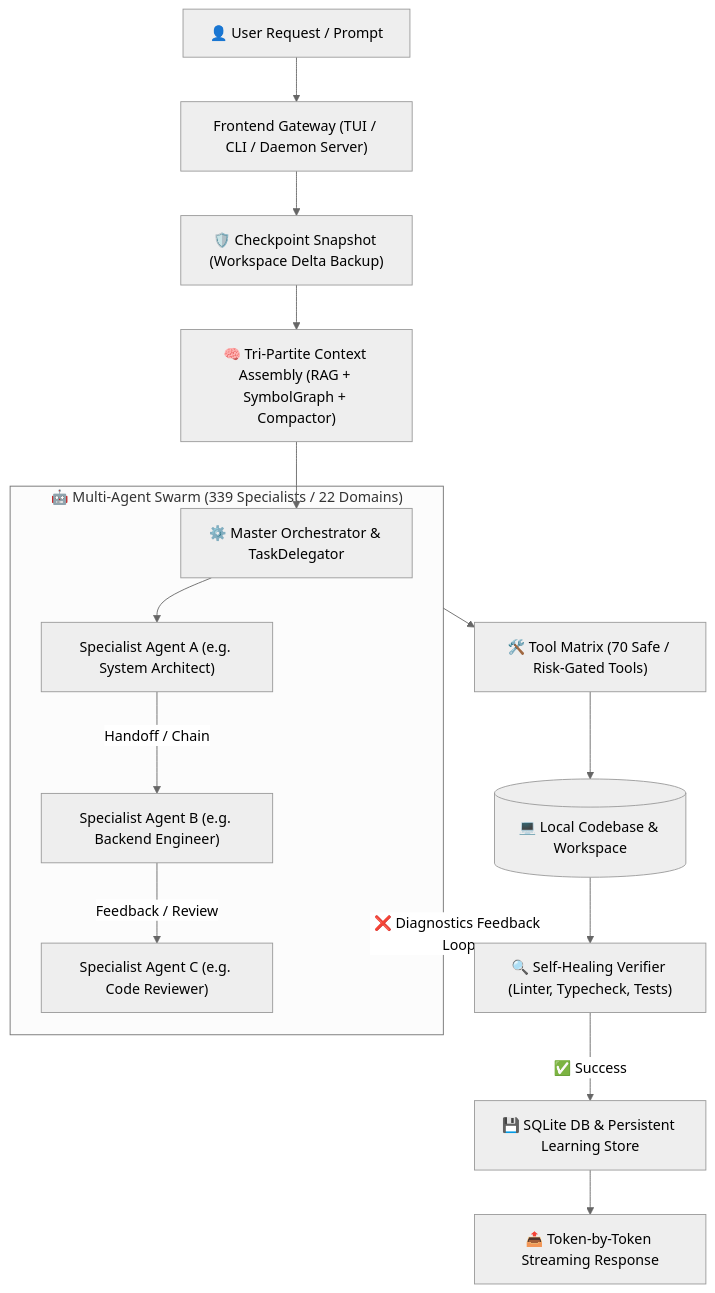
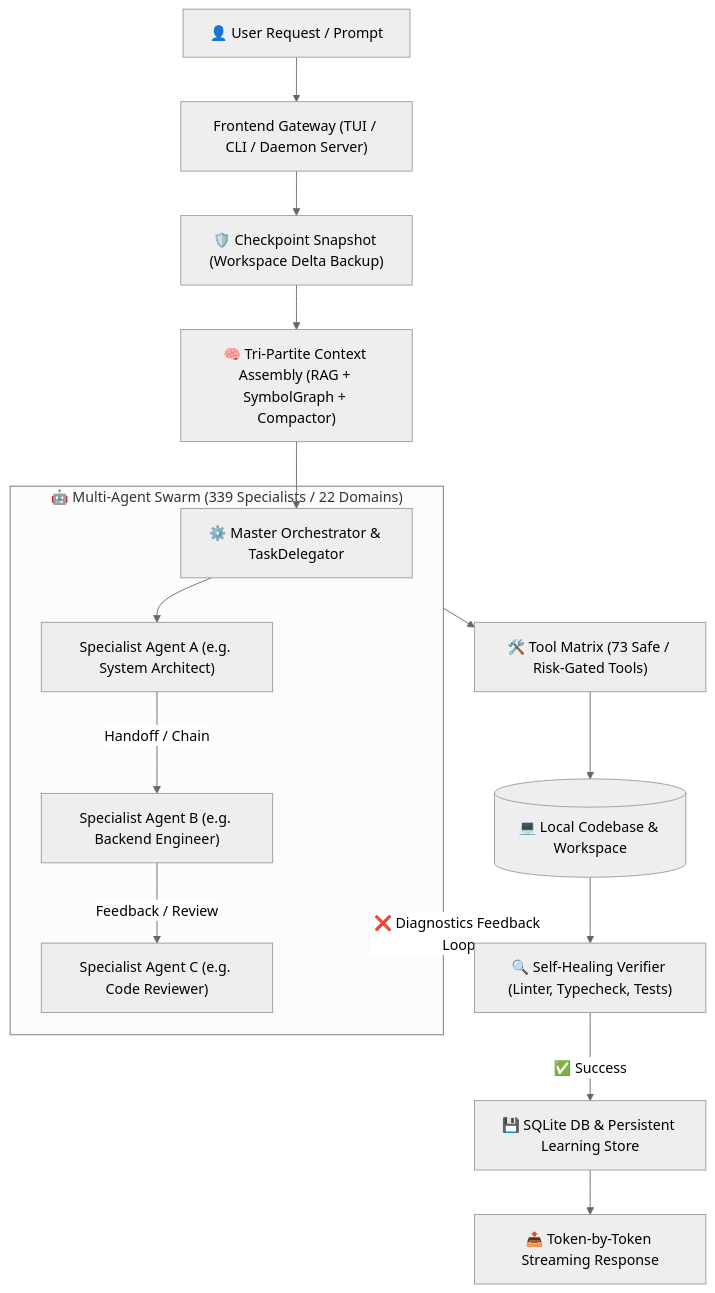
Before and after one commit to SAGO-AUTOMATES/SAGO-Agent: the first of 9 diagrams in docs/FLOWS.md, drawn with Mermaid (neutral theme). The commit also changed other lines of this file and 2 other files, not shown here.

Commit message:
docs: sync tool counts and architecture with code (73 tools, registry)
- FLOWS.md: 70 -> 73 in diagram and tool matrix section
- PROJECT.md: 72 -> 73 in header, directory trees, and data flow;
  add sago/llm/registry.py to llm/ tree
- ARCHITECTURE.md: clarify canonical discovery is sago/tools/registry.py
  mirrored in simple_executor

All behavioral fixes previously verified: 10/10 checks, 804 passed.

````diff
--- a/docs/FLOWS.md
+++ b/docs/FLOWS.md
@@ -28,21 +28,21 @@
 ```mermaid
 flowchart TD
     User["👤 User Request / Prompt"] --> Gateway["Frontend Gateway (TUI / CLI / Daemon Server)"]
     Gateway --> Checkpoint["🛡️ Checkpoint Snapshot (Workspace Delta Backup)"]
     Checkpoint --> Context["🧠 Tri-Partite Context Assembly (RAG + SymbolGraph + Compactor)"]
     Context --> Orchestrator["⚙️ Master Orchestrator & TaskDelegator"]
     
     subgraph Swarm["🤖 Multi-Agent Swarm (339 Specialists / 22 Domains)"]
         Orchestrator --> AgentA["Specialist Agent A (e.g. System Architect)"]
         AgentA -->|Handoff / Chain| AgentB["Specialist Agent B (e.g. Backend Engineer)"]
         AgentB -->|Feedback / Review| AgentC["Specialist Agent C (e.g. Code Reviewer)"]
     end
     
-    Swarm --> Tools["🛠️ Tool Matrix (70 Safe / Risk-Gated Tools)"]
+    Swarm --> Tools["🛠️ Tool Matrix (73 Safe / Risk-Gated Tools)"]
     Tools --> Codebase[("💻 Local Codebase & Workspace")]
     Codebase --> Verifier["🔍 Self-Healing Verifier (Linter, Typecheck, Tests)"]
     
     Verifier -->|❌ Diagnostics Feedback Loop| Swarm
     Verifier -->|✅ Success| StateCommit["💾 SQLite DB & Persistent Learning Store"]
     StateCommit --> Response["📤 Token-by-Token Streaming Response"]
 ```
````
